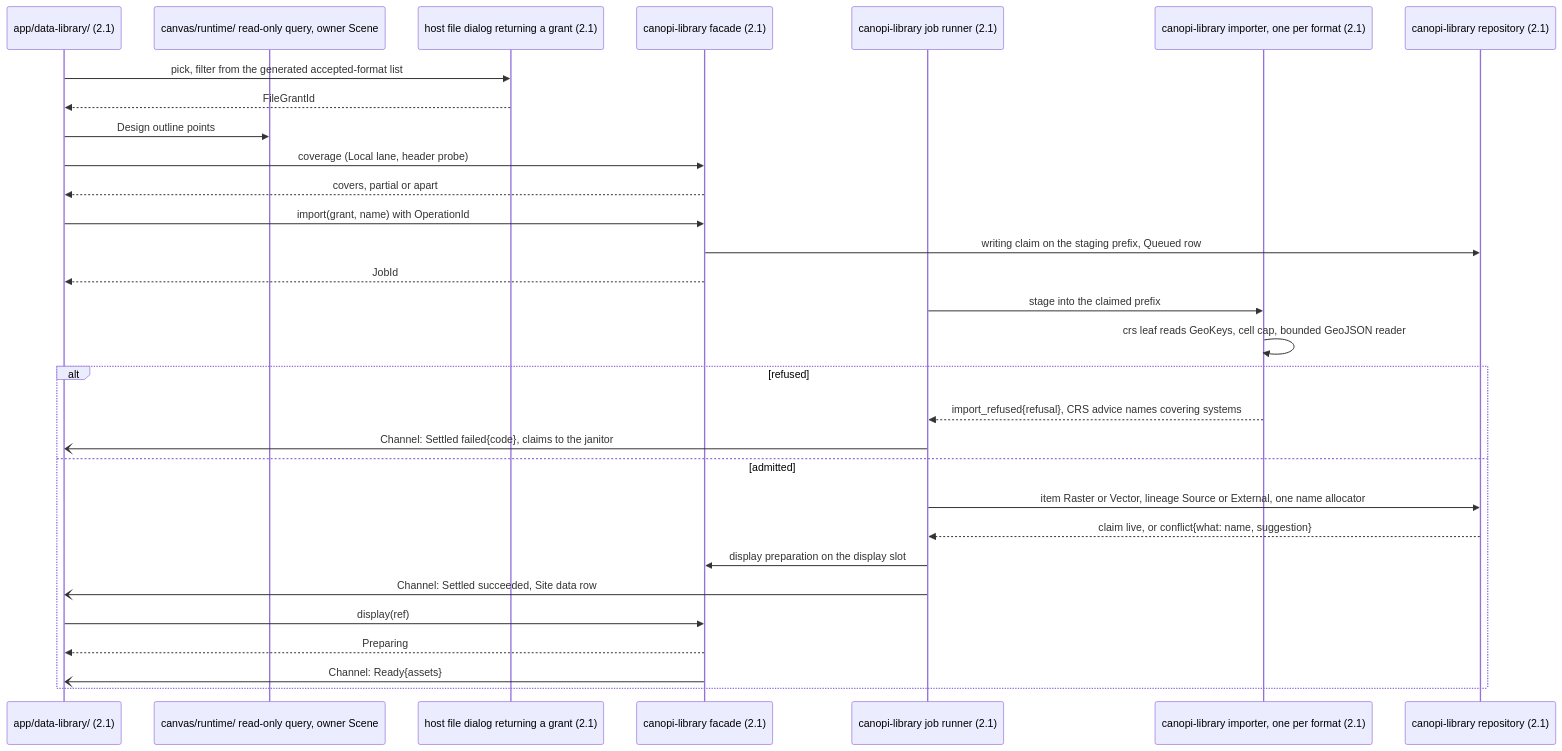
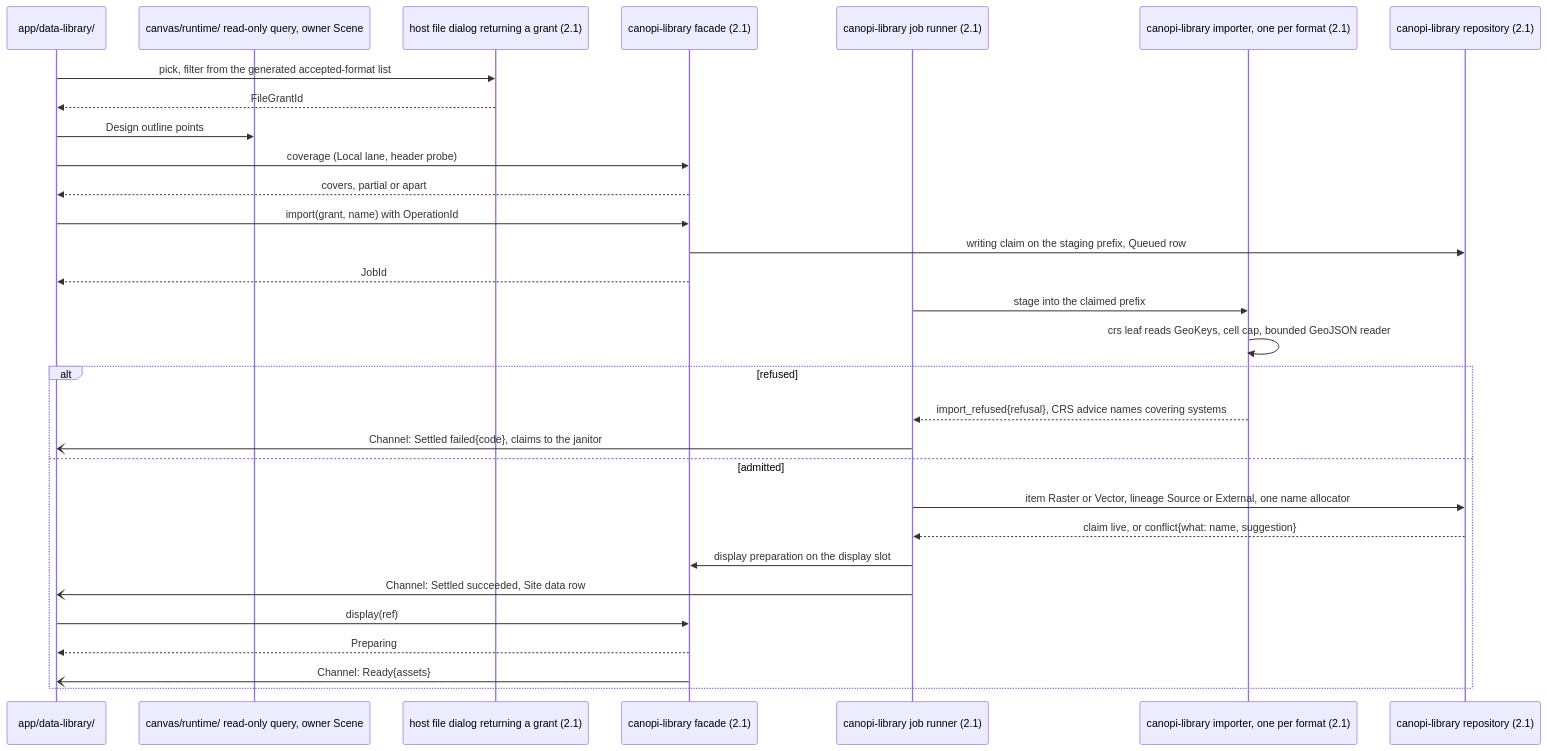
One commit to opencanopi/canopi changed the fourth of 7 diagrams in docs/architecture/flows-services.md. Above: the diagram before and after it, drawn with Mermaid. The commit also changed other lines of this file and 909 other files, not shown here.

````diff
--- a/docs/architecture/flows-services.md
+++ b/docs/architecture/flows-services.md
@@ -112,32 +112,32 @@
 ```mermaid
 sequenceDiagram
-  participant UI as app/data-library/ (2.1)
+  participant UI as app/data-library/
   participant RT as canvas/runtime/ read-only query, owner Scene
   participant H as host file dialog returning a grant (2.1)
   participant F as canopi-library facade (2.1)
   participant R as canopi-library job runner (2.1)
   participant IMP as canopi-library importer, one per format (2.1)
   participant REPO as canopi-library repository (2.1)
   UI->>H: pick, filter from the generated accepted-format list
   H-->>UI: FileGrantId
   UI->>RT: Design outline points
   UI->>F: coverage (Local lane, header probe)
   F-->>UI: covers, partial or apart
   UI->>F: import(grant, name) with OperationId
   F->>REPO: writing claim on the staging prefix, Queued row
   F-->>UI: JobId
   R->>IMP: stage into the claimed prefix
   IMP->>IMP: crs leaf reads GeoKeys, cell cap, bounded GeoJSON reader
   alt refused
     IMP-->>R: import_refused{refusal}, CRS advice names covering systems
     R-)UI: Channel: Settled failed{code}, claims to the janitor
   else admitted
     R->>REPO: item Raster or Vector, lineage Source or External, one name allocator
     REPO-->>R: claim live, or conflict{what: name, suggestion}
     R->>F: display preparation on the display slot
     R-)UI: Channel: Settled succeeded, Site data row
     UI->>F: display(ref)
     F-->>UI: Preparing
     F-)UI: Channel: Ready{assets}
   end
 ```
````
